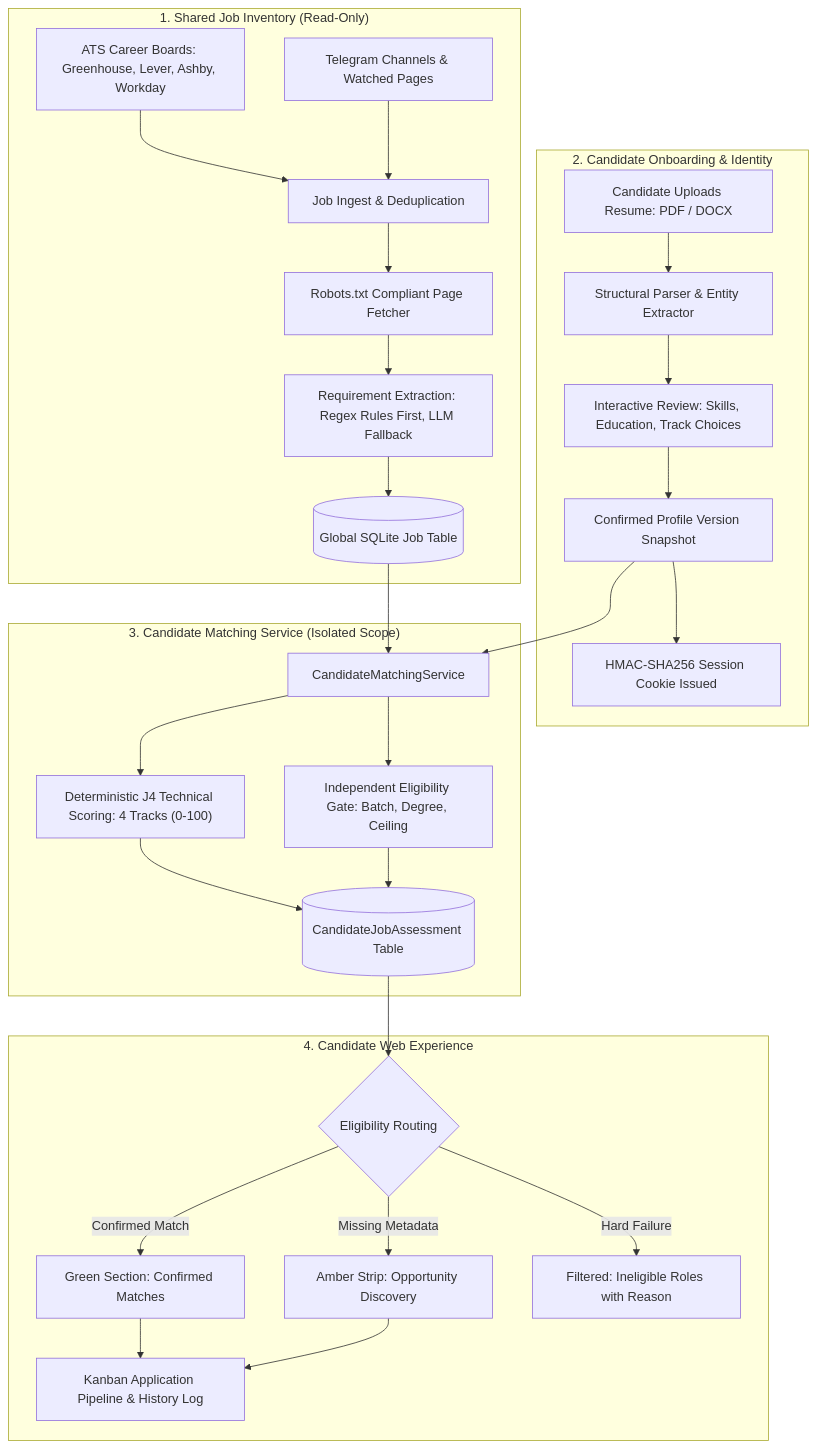
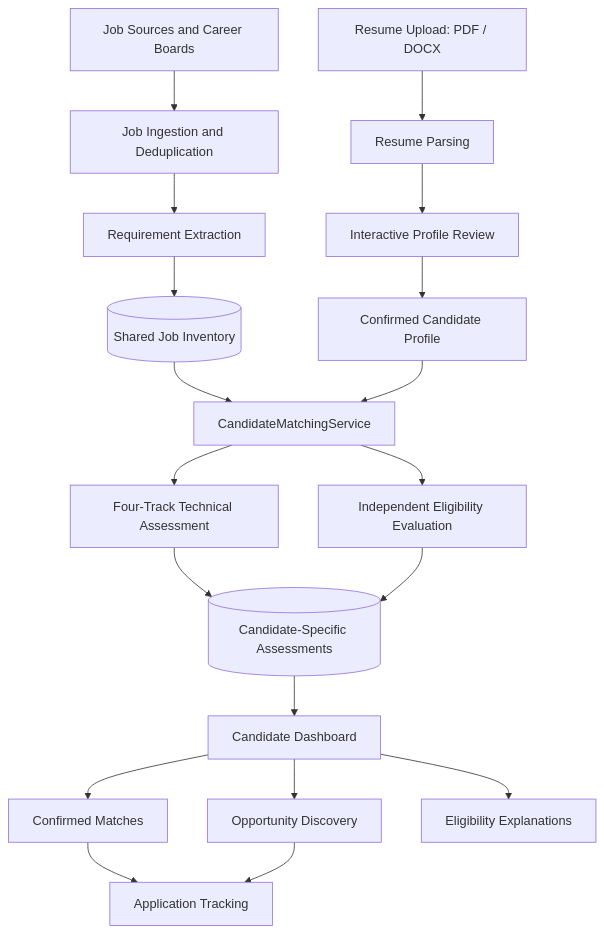
The diagram in README.md (Bharadwaj710/JobRadar), drawn with Mermaid before and after one commit. The commit also changed other lines of this file, not shown here.

````diff
--- a/README.md
+++ b/README.md
@@ -120,35 +219,27 @@
 ```mermaid
 flowchart TD
-    subgraph INGESTION["1. Shared Job Inventory (Read-Only)"]
-        S1["ATS Career Boards: Greenhouse, Lever, Ashby, Workday"] --> I1["Job Ingest & Deduplication"]
-        S2["Telegram Channels & Watched Pages"] --> I1
-        I1 --> I2["Robots.txt Compliant Page Fetcher"]
-        I2 --> I3["Requirement Extraction: Regex Rules First, LLM Fallback"]
-        I3 --> DB_JOBS[("Global SQLite Job Table")]
-    end
+    A["Job Sources and Career Boards"] --> B["Job Ingestion and Deduplication"]
+    B --> C["Requirement Extraction"]
+    C --> D[("Shared Job Inventory")]
 
-    subgraph ONBOARDING["2. Candidate Onboarding & Identity"]
-        U1["Candidate Uploads Resume: PDF / DOCX"] --> P1["Structural Parser & Entity Extractor"]
-        P1 --> P2["Interactive Review: Skills, Education, Track Choices"]
-        P2 --> P3["Confirmed Profile Version Snapshot"]
-        P3 --> AUTH["HMAC-SHA256 Session Cookie Issued"]
-    end
+    E["Resume Upload: PDF / DOCX"] --> F["Resume Parsing"]
+    F --> G["Interactive Profile Review"]
+    G --> H["Confirmed Candidate Profile"]
 
-    subgraph MATCHING["3. Candidate Matching Service (Isolated Scope)"]
-        DB_JOBS --> MS["CandidateMatchingService"]
-        P3 --> MS
-        MS --> TM["Deterministic J4 Technical Scoring: 4 Tracks (0-100)"]
-        MS --> EM["Independent Eligibility Gate: Batch, Degree, Ceiling"]
-        TM --> DB_ASSESS[("CandidateJobAssessment Table")]
-        EM --> DB_ASSESS
-    end
+    D --> I["CandidateMatchingService"]
+    H --> I
 
-    subgraph PRESENTATION["4. Candidate Web Experience"]
-        DB_ASSESS --> UI_DECIDE{"Eligibility Routing"}
-        UI_DECIDE -- "Confirmed Match" --> UI_CONFIRMED["Green Section: Confirmed Matches"]
-        UI_DECIDE -- "Missing Metadata" --> UI_DISCOVERY["Amber Strip: Opportunity Discovery"]
-        UI_DECIDE -- "Hard Failure" --> UI_INELIGIBLE["Filtered: Ineligible Roles with Reason"]
-        UI_CONFIRMED --> KANBAN["Kanban Application Pipeline & History Log"]
-        UI_DISCOVERY --> KANBAN
-    end
+    I --> J["Four-Track Technical Assessment"]
+    I --> K["Independent Eligibility Evaluation"]
+
+    J --> L[("Candidate-Specific Assessments")]
+    K --> L
+
+    L --> M["Candidate Dashboard"]
+    M --> N["Confirmed Matches"]
+    M --> O["Opportunity Discovery"]
+    M --> P["Eligibility Explanations"]
+
+    N --> Q["Application Tracking"]
+    O --> Q
 ```
````
